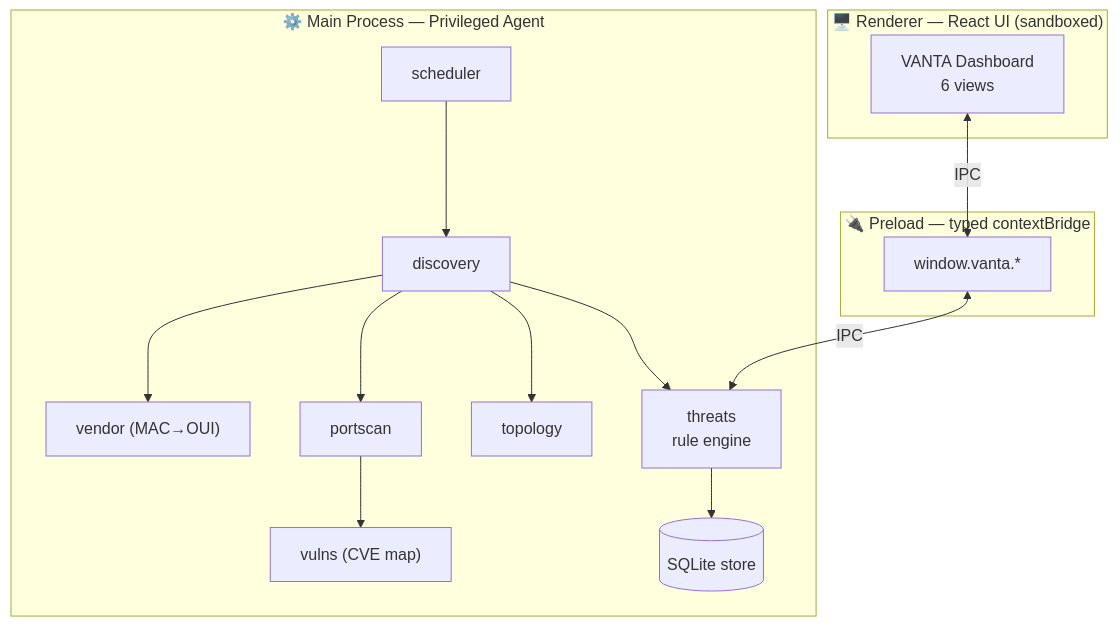
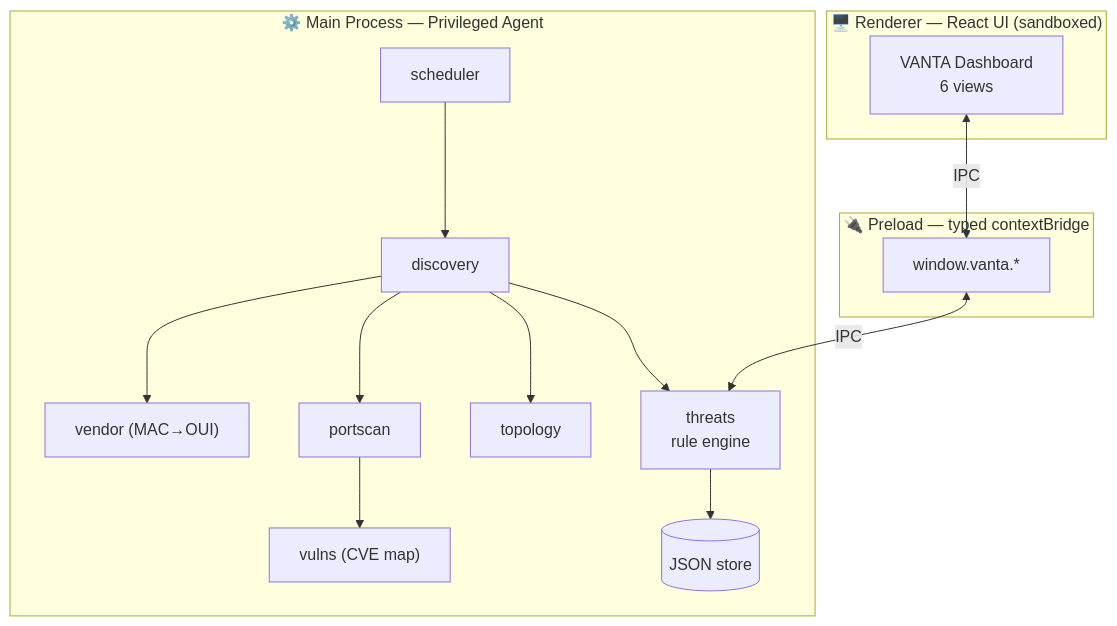
One commit to jennofrie/vanta-dashboard changed the diagram in README.md. Above: the diagram before and after it, drawn with Mermaid. The commit also changed other lines of this file and 3 other files, not shown here.

````diff
--- a/README.md
+++ b/README.md
@@ -71,20 +71,20 @@
 ```mermaid
 flowchart TB
     subgraph R["🖥️  Renderer — React UI (sandboxed)"]
         UI["VANTA Dashboard<br/>6 views"]
     end
     subgraph P["🔌  Preload — typed contextBridge"]
         API["window.vanta.*"]
     end
     subgraph M["⚙️  Main Process — Privileged Agent"]
         SCH["scheduler"] --> DIS["discovery"]
         DIS --> VEN["vendor (MAC→OUI)"]
         DIS --> PS["portscan"] --> VUL["vulns (CVE map)"]
         DIS --> TOP["topology"]
         DIS --> THR["threats<br/>rule engine"]
-        THR --> ST[("SQLite store")]
+        THR --> ST[("JSON store")]
     end
 
     UI <-->|IPC| API
     API <-->|IPC| THR
 ```
````
